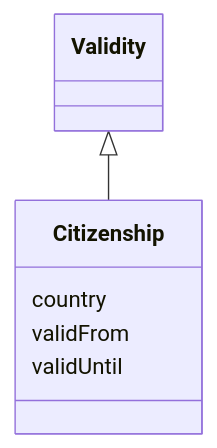
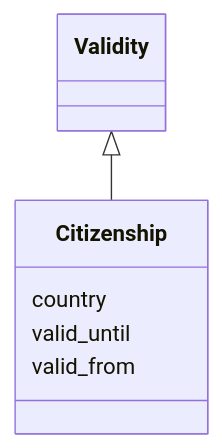
The diagram in ech-0294_actors/output/docs/Citizenship.md (swiss/political-affairs-ech-group), drawn with Mermaid before and after one commit. The commit also changed other lines of this file and 36 other files, not shown here.

````diff
--- a/ech-0294_actors/output/docs/Citizenship.md
+++ b/ech-0294_actors/output/docs/Citizenship.md
@@ -13,15 +13,15 @@
 ```mermaid
  classDiagram
     class Citizenship
     click Citizenship href "../Citizenship/"
       Validity <|-- Citizenship
         click Validity href "../Validity/"
       
       Citizenship : country
         
-      Citizenship : validFrom
+      Citizenship : valid_until
         
-      Citizenship : validUntil
+      Citizenship : valid_from
         
       
 ```
````
